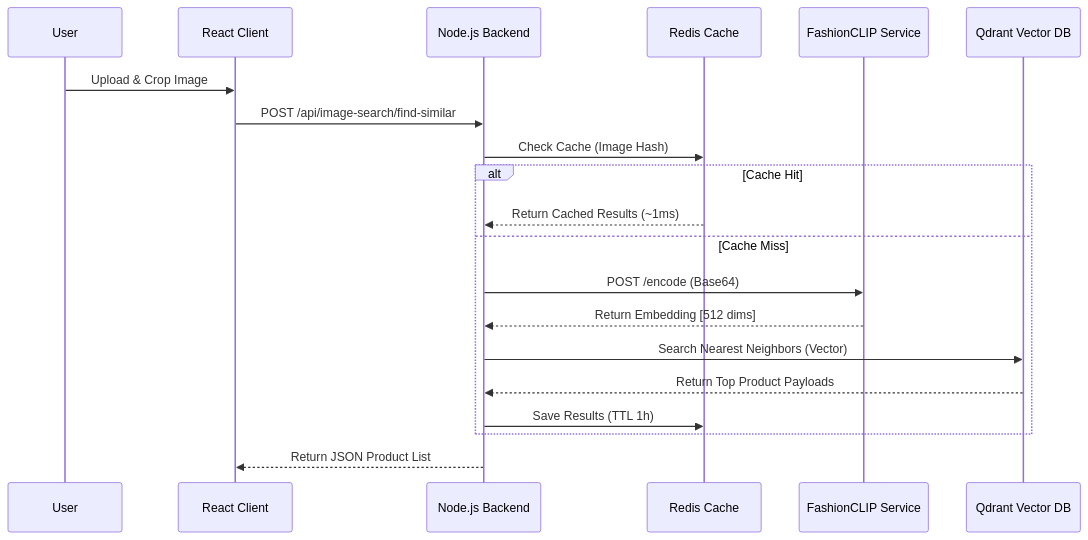
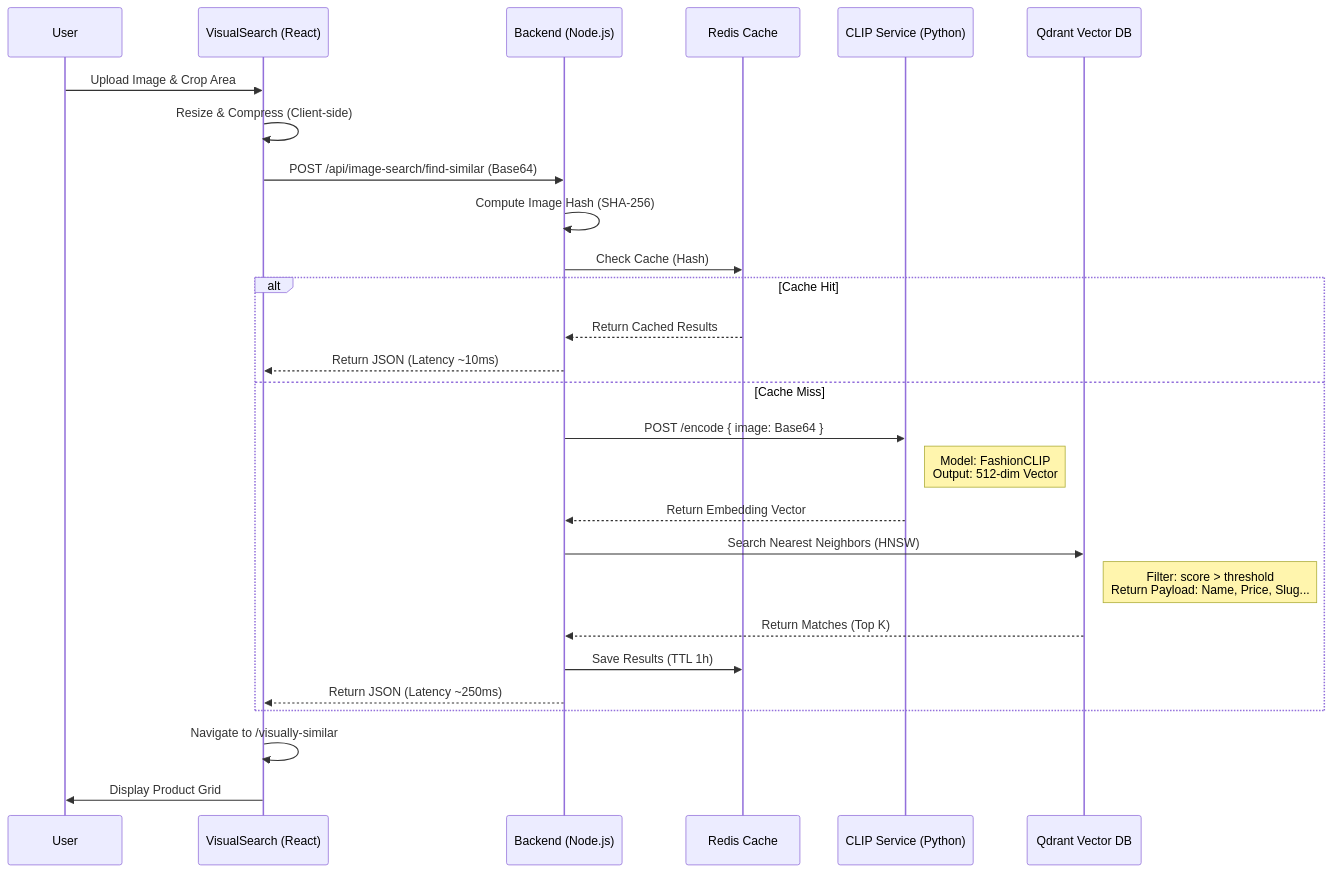
The diagram in .agent/workflow/VisualSearch/VisualSearch.docs.md (nguyen-le-huy/devenir), drawn with Mermaid before and after one commit. The commit also changed other lines of this file and 7 other files, not shown here.

````diff
--- a/.agent/workflow/VisualSearch/VisualSearch.docs.md
+++ b/.agent/workflow/VisualSearch/VisualSearch.docs.md
@@ -16,28 +24,35 @@
 ```mermaid
 sequenceDiagram
     participant User
-    participant Client as React Client
-    participant API as Node.js Backend
+    participant Frontend as VisualSearch (React)
+    participant API as Backend (Node.js)
     participant Redis as Redis Cache
-    participant CLIP as FashionCLIP Service
+    participant CLIP as CLIP Service (Python)
     participant Qdrant as Qdrant Vector DB
 
-    User->>Client: Upload & Crop Image
-    Client->>API: POST /api/image-search/find-similar
+    User->>Frontend: Upload Image & Crop Area
+    Frontend->>Frontend: Resize & Compress (Client-side)
+    Frontend->>API: POST /api/image-search/find-similar (Base64)
     
-    API->>Redis: Check Cache (Image Hash)
+    API->>API: Compute Image Hash (SHA-256)
+    API->>Redis: Check Cache (Hash)
     
     alt Cache Hit
-        Redis-->>API: Return Cached Results (~1ms)
+        Redis-->>API: Return Cached Results
+        API-->>Frontend: Return JSON (Latency ~10ms)
     else Cache Miss
-        API->>CLIP: POST /encode (Base64)
-        CLIP-->>API: Return Embedding [512 dims]
+        API->>CLIP: POST /encode { image: Base64 }
+        Note right of CLIP: Model: FashionCLIP<br/>Output: 512-dim Vector
+        CLIP-->>API: Return Embedding Vector
         
-        API->>Qdrant: Search Nearest Neighbors (Vector)
-        Qdrant-->>API: Return Top Product Payloads
+        API->>Qdrant: Search Nearest Neighbors (HNSW)
+        Note right of Qdrant: Filter: score > threshold<br/>Return Payload: Name, Price, Slug...
+        Qdrant-->>API: Return Matches (Top K)
         
         API->>Redis: Save Results (TTL 1h)
+        API-->>Frontend: Return JSON (Latency ~250ms)
     end
     
-    API-->>Client: Return JSON Product List
+    Frontend->>Frontend: Navigate to /visually-similar
+    Frontend->>User: Display Product Grid
 ```
````
